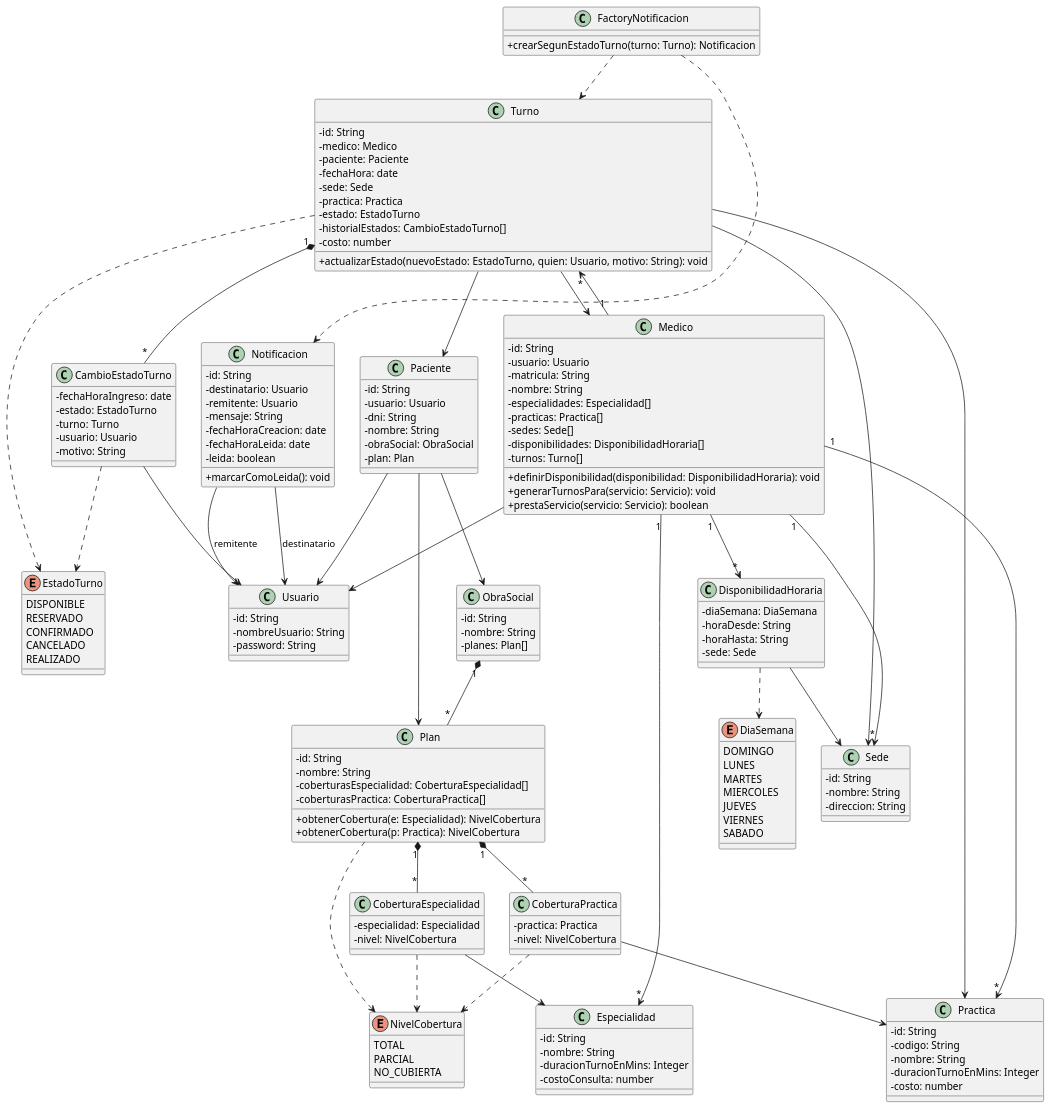
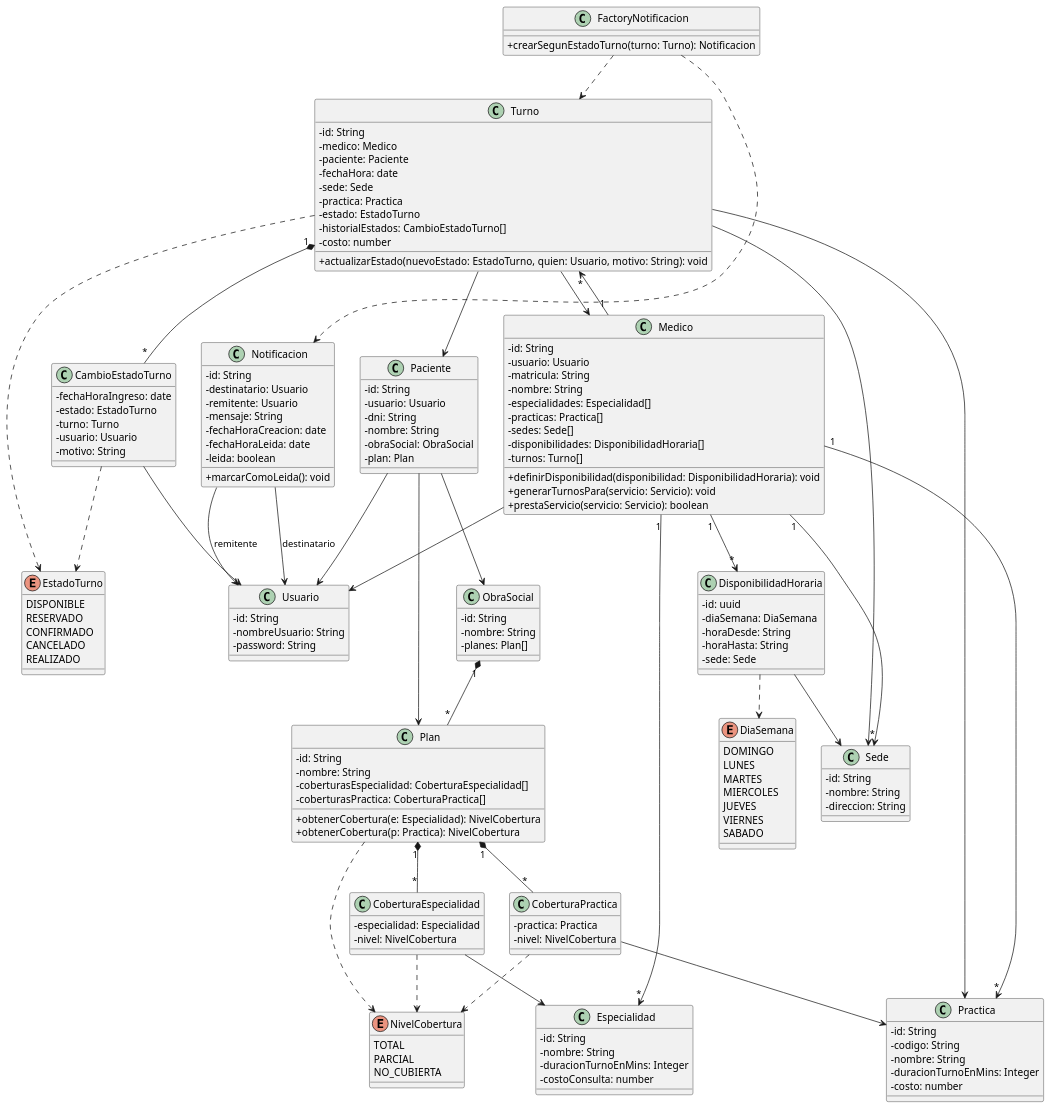
The diagram in doc/diagrams/clases/DiagramaDominio.puml (pablomkoval/tpi-ddso), drawn with PlantUML before and after one commit. The commit also changed 8 other files, not shown here.

```diff
--- a/doc/diagrams/clases/DiagramaDominio.puml
+++ b/doc/diagrams/clases/DiagramaDominio.puml
@@ -1,190 +1,191 @@
 @startuml
 skinparam classAttributeIconSize 0
 
 enum EstadoTurno {
     DISPONIBLE
     RESERVADO
     CONFIRMADO
     CANCELADO
     REALIZADO
 }
 
 enum NivelCobertura {
     TOTAL
     PARCIAL
     NO_CUBIERTA
 }
 
 enum DiaSemana {
     DOMINGO
     LUNES
     MARTES
     MIERCOLES
     JUEVES
     VIERNES
     SABADO
 }
 
 class Turno {
     - id: String
     - medico: Medico
     - paciente: Paciente
     - fechaHora: date
     - sede: Sede
     - practica: Practica
     - estado: EstadoTurno
     - historialEstados: CambioEstadoTurno[]
     - costo: number
     + actualizarEstado(nuevoEstado: EstadoTurno, quien: Usuario, motivo: String): void
 }
 
 class CambioEstadoTurno {
     - fechaHoraIngreso: date
     - estado: EstadoTurno
     - turno: Turno
     - usuario: Usuario
     - motivo: String
 }
 
 class Paciente {
     - id: String
     - usuario: Usuario
     - dni: String
     - nombre: String
     - obraSocial: ObraSocial
     - plan: Plan
 }
 
 class Medico {
     - id: String
     - usuario: Usuario
     - matricula: String
     - nombre: String
     - especialidades: Especialidad[]
     - practicas: Practica[]
     - sedes: Sede[]
     - disponibilidades: DisponibilidadHoraria[]
     - turnos: Turno[]
     + definirDisponibilidad(disponibilidad: DisponibilidadHoraria): void
     + generarTurnosPara(servicio: Servicio): void
     + prestaServicio(servicio: Servicio): boolean
 }
 
 class DisponibilidadHoraria {
+    - id: uuid
     - diaSemana: DiaSemana
     - horaDesde: String
     - horaHasta: String
     - sede: Sede
 }
 
 class Sede {
     - id: String
     - nombre: String
     - direccion: String
 }
 
 class ObraSocial {
     - id: String
     - nombre: String
     - planes: Plan[]
 }
 
 class Plan {
     - id: String
     - nombre: String
     - coberturasEspecialidad: CoberturaEspecialidad[]
     - coberturasPractica: CoberturaPractica[]
     + obtenerCobertura(e: Especialidad): NivelCobertura
     + obtenerCobertura(p: Practica): NivelCobertura
 }
 
 class CoberturaEspecialidad {
     - especialidad: Especialidad
     - nivel: NivelCobertura
 }
 
 class CoberturaPractica {
     - practica: Practica
     - nivel: NivelCobertura
 }
 
 class Especialidad {
     - id: String
     - nombre: String
     - duracionTurnoEnMins: Integer
     - costoConsulta: number
 }
 
 class Practica {
     - id: String
     - codigo: String
     - nombre: String
     - duracionTurnoEnMins: Integer
     - costo: number
 }
 
 class Usuario {
     - id: String
     - nombreUsuario: String
     - password: String
 }
 
 class FactoryNotificacion {
     + crearSegunEstadoTurno(turno: Turno): Notificacion
 }
 
 class Notificacion {
     - id: String
     - destinatario: Usuario
     - remitente: Usuario
     - mensaje: String
     - fechaHoraCreacion: date
     - fechaHoraLeida: date
     - leida: boolean
     + marcarComoLeida(): void
 }
 
 ' Relaciones
 Turno "1" *-- "*" CambioEstadoTurno
 Turno --> Medico
 Turno --> Paciente
 Turno --> Sede
 Turno --> Practica
 Turno ..> EstadoTurno
 
 CambioEstadoTurno --> Usuario
 CambioEstadoTurno ..> EstadoTurno
 
 Paciente --> Usuario
 Paciente --> ObraSocial
 Paciente --> Plan
 
 Medico --> Usuario
 Medico "1" --> "*" Sede
 Medico "1" --> "*" Especialidad
 Medico "1" --> "*" Practica
 Medico "1" --> "*" DisponibilidadHoraria
 Medico "1" --> "*" Turno
 
 DisponibilidadHoraria ..> DiaSemana
 DisponibilidadHoraria --> Sede
 
 ObraSocial "1" *-- "*" Plan
 
 Plan "1" *-- "*" CoberturaEspecialidad
 Plan "1" *-- "*" CoberturaPractica
 Plan ..> NivelCobertura
 
 CoberturaEspecialidad --> Especialidad
 CoberturaEspecialidad ..> NivelCobertura
 
 CoberturaPractica --> Practica
 CoberturaPractica ..> NivelCobertura
 
 FactoryNotificacion ..> Turno
 FactoryNotificacion ..> Notificacion
 
 Notificacion --> Usuario : remitente
 Notificacion --> Usuario : destinatario
 
 @enduml
```
